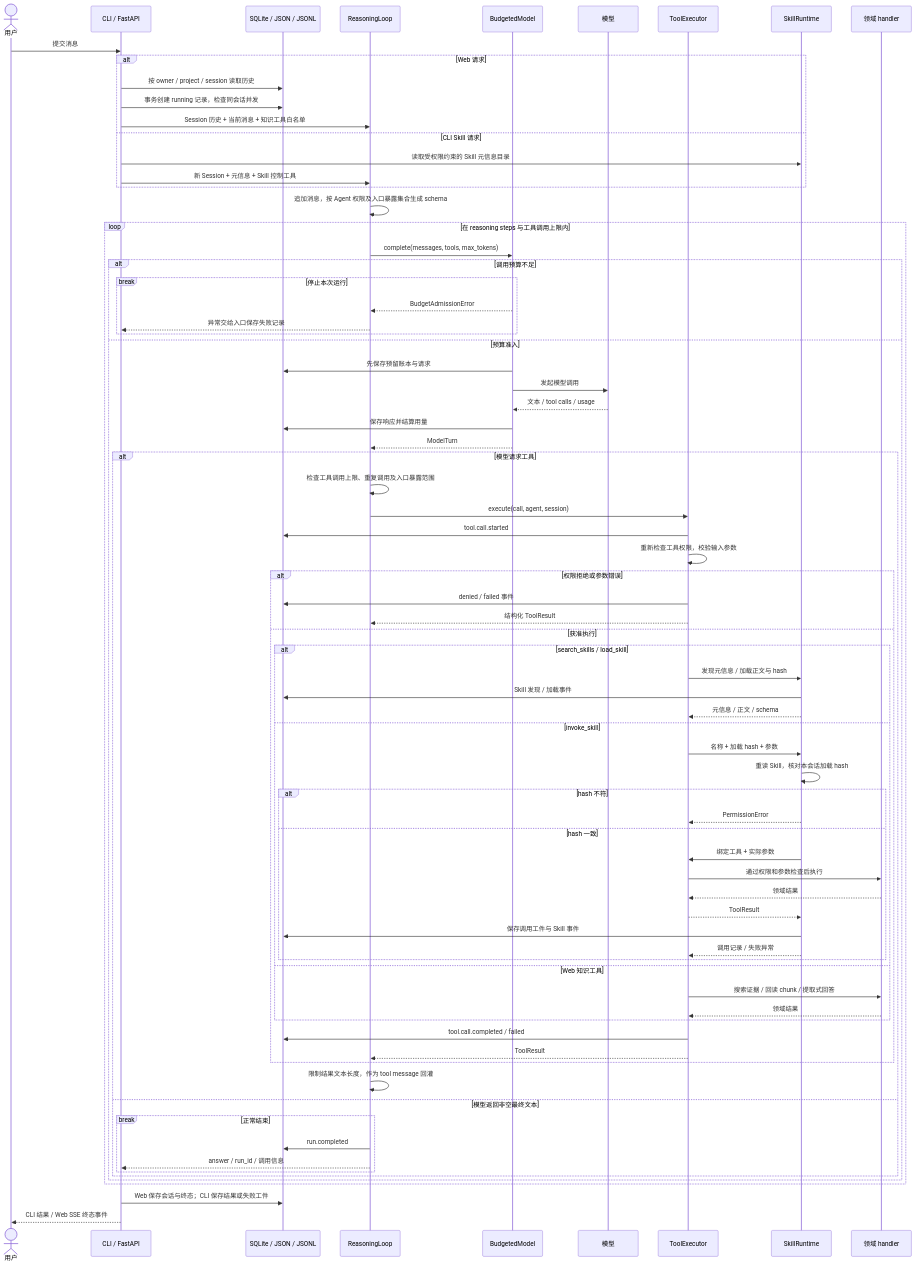
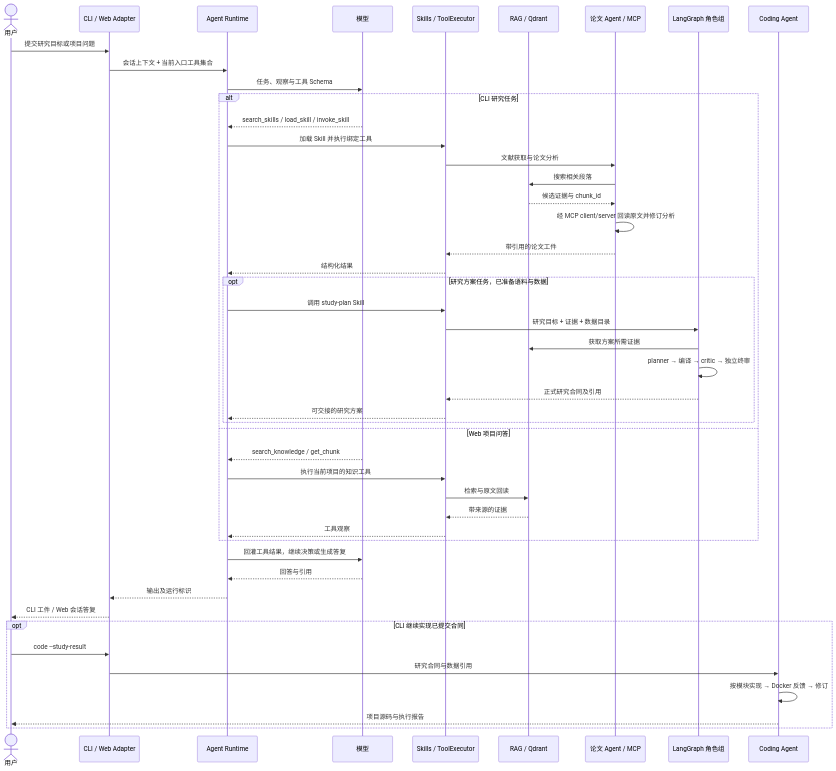
The second of 2 diagrams in README.md (eternal-yangtze/research_claw), drawn with Mermaid before and after one commit. The commit also changed other lines of this file and 98 other files, not shown here.

````diff
--- a/README.md
+++ b/README.md
@@ -71,81 +94,50 @@
 ```mermaid
 sequenceDiagram
     actor U as 用户
-    participant E as CLI / FastAPI
-    participant S as SQLite / JSON / JSONL
-    participant L as ReasoningLoop
-    participant B as BudgetedModel
-    participant M as 模型
-    participant X as ToolExecutor
-    participant K as SkillRuntime
-    participant D as 领域 handler
+    participant E as CLI / Web Adapter
+    participant R as Agent Runtime
+    participant L as 模型
+    participant S as Skills / ToolExecutor
+    participant K as RAG / Qdrant
+    participant P as 论文 Agent / MCP
+    participant G as LangGraph 角色组
+    participant C as Coding Agent
 
-    U->>E: 提交消息
-    alt Web 请求
-        E->>S: 按 owner / project / session 读取历史
-        E->>S: 事务创建 running 记录，检查同会话并发
-        E->>L: Session 历史 + 当前消息 + 知识工具白名单
-    else CLI Skill 请求
-        E->>K: 读取受权限约束的 Skill 元信息目录
-        E->>L: 新 Session + 元信息 + Skill 控制工具
+    U->>E: 提交研究目标或项目问题
+    E->>R: 会话上下文 + 当前入口工具集合
+    R->>L: 任务、观察与工具 Schema
+    alt CLI 研究任务
+        L-->>R: search_skills / load_skill / invoke_skill
+        R->>S: 加载 Skill 并执行绑定工具
+        S->>P: 文献获取与论文分析
+        P->>K: 搜索相关段落
+        K-->>P: 候选证据与 chunk_id
+        P->>P: 经 MCP client/server 回读原文并修订分析
+        P-->>S: 带引用的论文工件
+        S-->>R: 结构化结果
+        opt 研究方案任务，已准备语料与数据
+            R->>S: 调用 study-plan Skill
+            S->>G: 研究目标 + 证据 + 数据目录
+            G->>K: 获取方案所需证据
+            G->>G: planner → 编译 → critic → 独立终审
+            G-->>S: 正式研究合同及引用
+            S-->>R: 可交接的研究方案
+        end
+    else Web 项目问答
+        L-->>R: search_knowledge / get_chunk
+        R->>S: 执行当前项目的知识工具
+        S->>K: 检索与原文回读
+        K-->>S: 带来源的证据
+        S-->>R: 工具观察
     end
-
-    L->>L: 追加消息，按 Agent 权限及入口暴露集合生成 schema
-    loop 在 reasoning steps 与工具调用上限内
-        L->>B: complete(messages, tools, max_tokens)
-        alt 调用预算不足
-            break 停止本次运行
-                B-->>L: BudgetAdmissionError
-                L-->>E: 异常交给入口保存失败记录
-            end
-        else 预算准入
-            B->>S: 先保存预留账本与请求
-            B->>M: 发起模型调用
-            M-->>B: 文本 / tool calls / usage
-            B->>S: 保存响应并结算用量
-            B-->>L: ModelTurn
-            alt 模型请求工具
-                L->>L: 检查工具调用上限、重复调用及入口暴露范围
-                L->>X: execute(call, agent, session)
-                X->>S: tool.call.started
-                X->>X: 重新检查工具权限，校验输入参数
-                alt 权限拒绝或参数错误
-                    X->>S: denied / failed 事件
-                    X-->>L: 结构化 ToolResult
-                else 获准执行
-                    alt search_skills / load_skill
-                        X->>K: 发现元信息 / 加载正文与 hash
-                        K->>S: Skill 发现 / 加载事件
-                        K-->>X: 元信息 / 正文 / schema
-                    else invoke_skill
-                        X->>K: 名称 + 加载 hash + 参数
-                        K->>K: 重读 Skill，核对本会话加载 hash
-                        alt hash 不符
-                            K-->>X: PermissionError
-                        else hash 一致
-                            K->>X: 绑定工具 + 实际参数
-                            X->>D: 通过权限和参数检查后执行
-                            D-->>X: 领域结果
-                            X-->>K: ToolResult
-                            K->>S: 保存调用工件与 Skill 事件
-                            K-->>X: 调用记录 / 失败异常
-                        end
-                    else Web 知识工具
-                        X->>D: 搜索证据 / 回读 chunk / 提取式回答
-                        D-->>X: 领域结果
-                    end
-                    X->>S: tool.call.completed / failed
-                    X-->>L: ToolResult
-                end
-                L->>L: 限制结果文本长度，作为 tool message 回灌
-            else 模型返回非空最终文本
-                break 正常结束
-                    L->>S: run.completed
-                    L-->>E: answer / run_id / 调用信息
-                end
-            end
-        end
+    R->>L: 回灌工具结果，继续决策或生成答复
+    L-->>R: 回答与引用
+    R-->>E: 输出及运行标识
+    E-->>U: CLI 工件 / Web 会话答复
+    opt CLI 继续实现已提交合同
+        U->>E: code --study-result
+        E->>C: 研究合同与数据引用
+        C->>C: 按模块实现 → Docker 反馈 → 修订
+        C-->>U: 项目源码与执行报告
     end
-    E->>S: Web 保存会话与终态；CLI 保存结果或失败工件
-    E-->>U: CLI 结果 / Web SSE 终态事件
 ```
````
